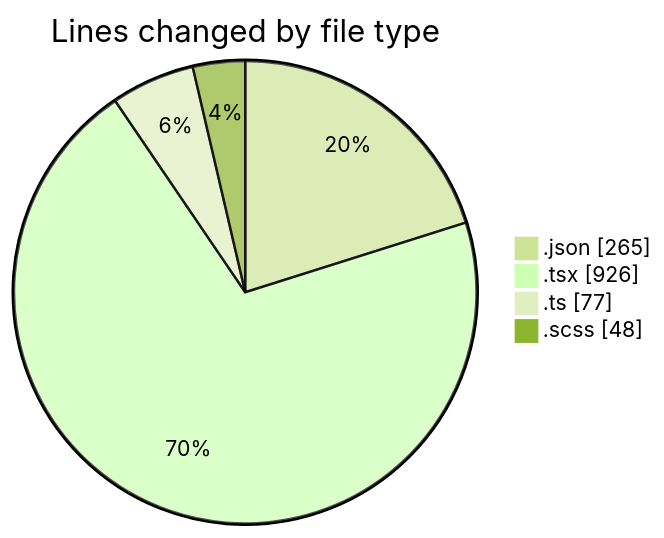
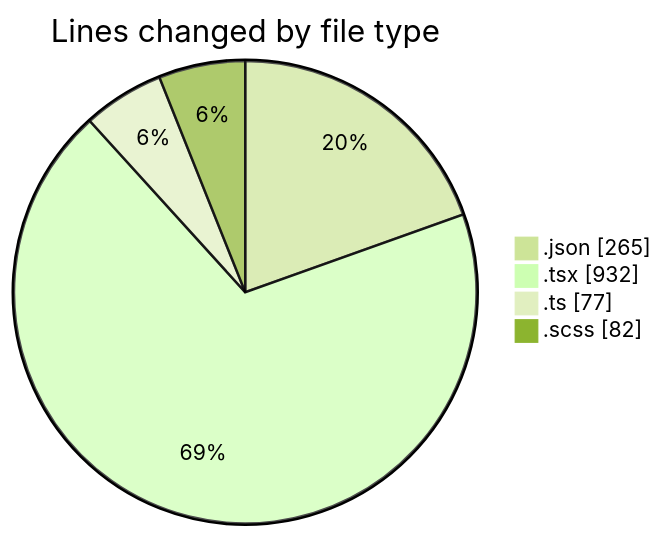
Before and after one commit to momahboobian/code-tracking: the first of 2 diagrams in 2026-04-22/cda/README.md, drawn with Mermaid (forest theme). The commit also changed other lines of this file and 1 other file, not shown here.

````diff
--- a/2026-04-22/cda/README.md
+++ b/2026-04-22/cda/README.md
@@ -27,8 +28,8 @@
 ```mermaid
 pie showData
 title Lines changed by file type
 ".json" : 265
-".tsx" : 926
+".tsx" : 932
 ".ts" : 77
-".scss" : 48
+".scss" : 82
 ```
````
